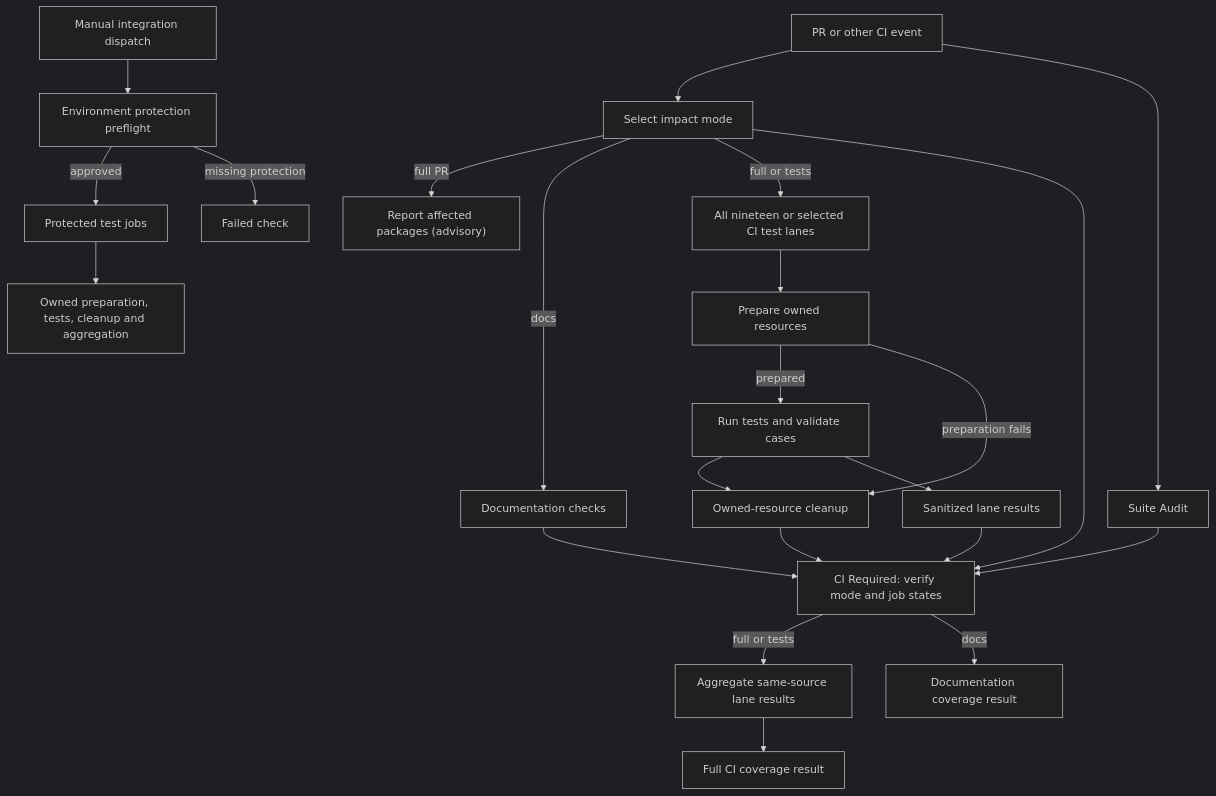
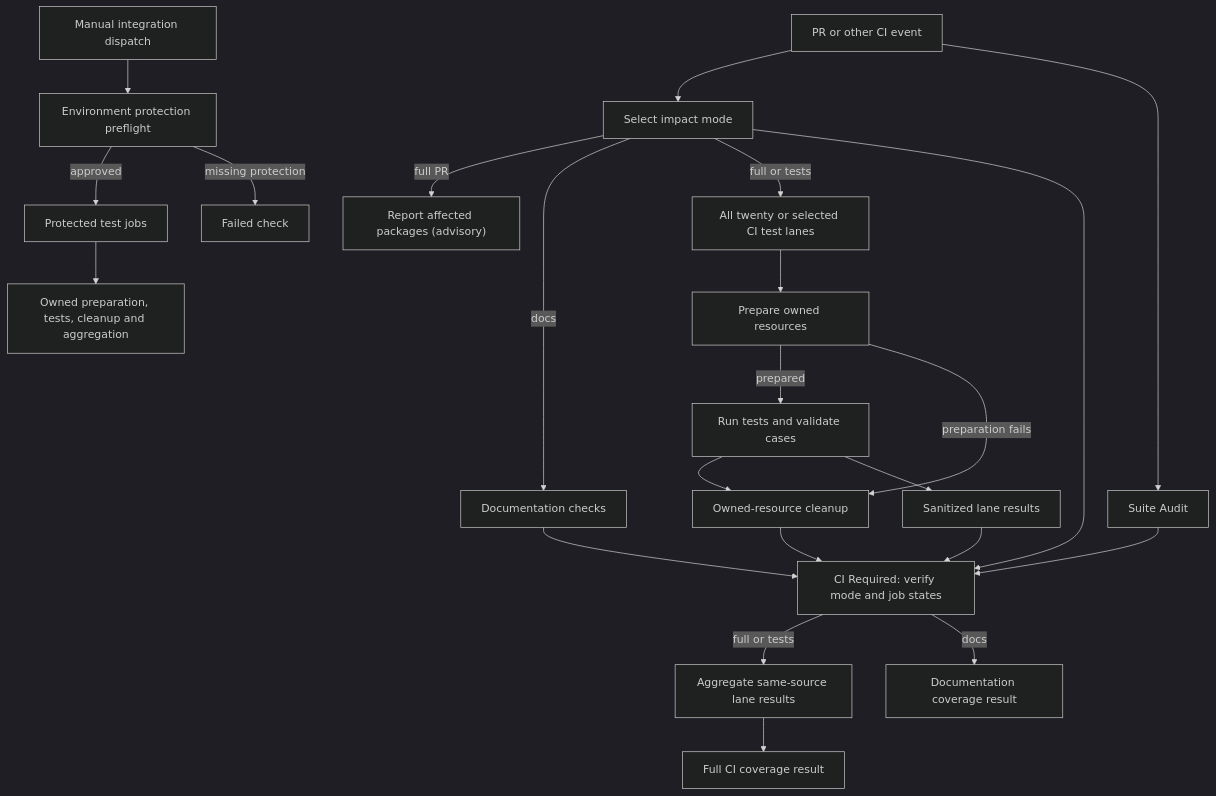
The diagram in docs/flows/github-actions-testing.md (IsaiahStapleton/openclaw-enterprise), drawn with Mermaid (dark theme) before and after one commit. The commit also changed other lines of this file and 11 other files, not shown here.

First line of the commit message:
ci(browser): split console browser tests into two lanes

````diff
--- a/docs/flows/github-actions-testing.md
+++ b/docs/flows/github-actions-testing.md
@@ -21,25 +21,25 @@
 ```mermaid
 graph TD
   A["PR or other CI event"] --> S["Select impact mode"]
   A --> N["Suite Audit"]
   S -->|full PR| Q["Report affected packages (advisory)"]
   S -->|docs| D["Documentation checks"]
-  S -->|full or tests| B["All nineteen or selected CI test lanes"]
+  S -->|full or tests| B["All twenty or selected CI test lanes"]
   B --> F["Prepare owned resources"]
   F -->|prepared| H["Run tests and validate cases"]
   F -->|preparation fails| J["Owned-resource cleanup"]
   H --> J
   H --> K["Sanitized lane results"]
   J --> G["CI Required: verify mode and job states"]
   S --> G
   N --> G
   D --> G
   K --> G
   G -->|full or tests| L["Aggregate same-source lane results"]
   G -->|docs| M["Documentation coverage result"]
   L --> R["Full CI coverage result"]
   C["Manual integration dispatch"] --> P["Environment protection preflight"]
   P -->|approved| E["Protected test jobs"]
   P -->|missing protection| X["Failed check"]
   E --> T["Owned preparation, tests, cleanup and aggregation"]
 ```
````
